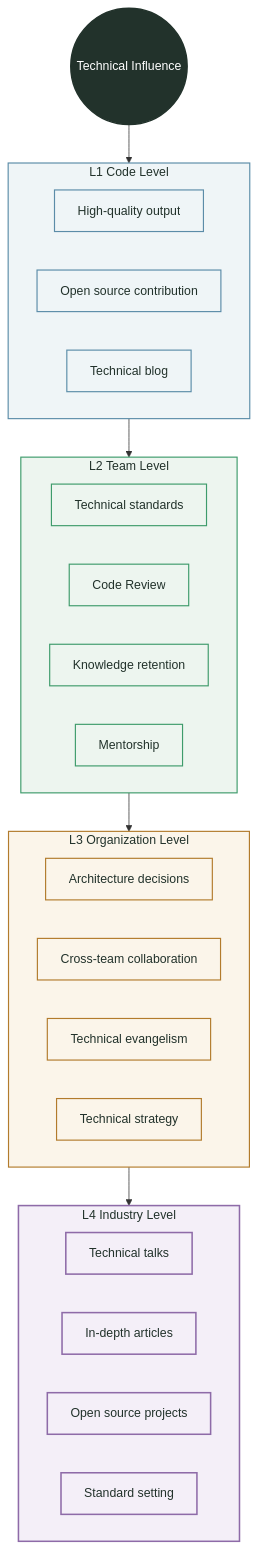
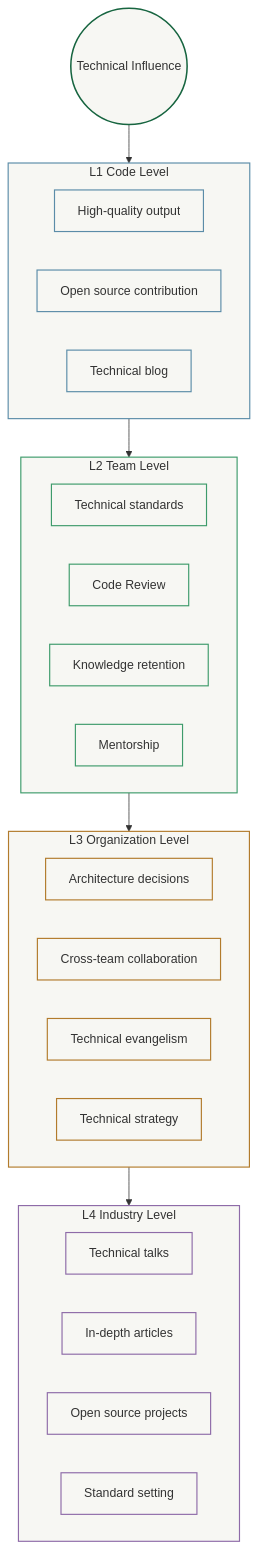
The first of 2 diagrams in docs/en/career/technical-influence.md (Fatejian/frontier-vault), drawn with Mermaid before and after one commit. The commit also changed other lines of this file and 65 other files, not shown here.

First line of the commit message:
fix(theme): unify mermaid chart palette and remove solid core fills

````diff
--- a/docs/en/career/technical-influence.md
+++ b/docs/en/career/technical-influence.md
@@ -51,52 +51,52 @@
 ```mermaid
 flowchart TB
     Core(("Technical Influence"))
 
     subgraph L1["L1 Code Level"]
         direction LR
         L1A["High-quality output"]
         L1B["Open source contribution"]
         L1C["Technical blog"]
     end
 
     subgraph L2["L2 Team Level"]
         direction LR
         L2A["Technical standards"]
         L2B["Code Review"]
         L2C["Knowledge retention"]
         L2D["Mentorship"]
     end
 
     subgraph L3["L3 Organization Level"]
         direction LR
         L3A["Architecture decisions"]
         L3B["Cross-team collaboration"]
         L3C["Technical evangelism"]
         L3D["Technical strategy"]
     end
 
     subgraph L4["L4 Industry Level"]
         direction LR
         L4A["Technical talks"]
         L4B["In-depth articles"]
         L4C["Open source projects"]
         L4D["Standard setting"]
     end
 
     Core --> L1
     L1 --> L2
     L2 --> L3
     L3 --> L4
 
-    classDef core fill:#22322B,color:#fff,stroke:#22322B,stroke-width:2px;
-    classDef wait fill:#EFF5F7,stroke:#5B8CA8,color:#22322B,stroke-width:1.5px;
-    classDef work fill:#EDF5EF,stroke:#3E9B6B,color:#22322B,stroke-width:1.5px;
-    classDef block fill:#FBF5EA,stroke:#B27B2C,color:#22322B,stroke-width:1.5px;
-    classDef metric fill:#F4EFF8,stroke:#8E6BA8,color:#22322B,stroke-width:2px;
+    classDef core fill:#F7F7F3,stroke:#176540,stroke-width:2px;
+    classDef wait fill:#F7F7F3,stroke:#5B8CA8,stroke-width:1.5px;
+    classDef work fill:#F7F7F3,stroke:#3E9B6B,stroke-width:1.5px;
+    classDef block fill:#F7F7F3,stroke:#B27B2C,stroke-width:1.5px;
+    classDef metric fill:#F7F7F3,stroke:#8E6BA8,stroke-width:1.5px;
 
     class Core core;
     class L1,L1A,L1B,L1C wait;
     class L2,L2A,L2B,L2C,L2D work;
     class L3,L3A,L3B,L3C,L3D block;
     class L4,L4A,L4B,L4C,L4D metric;
 ```
````
